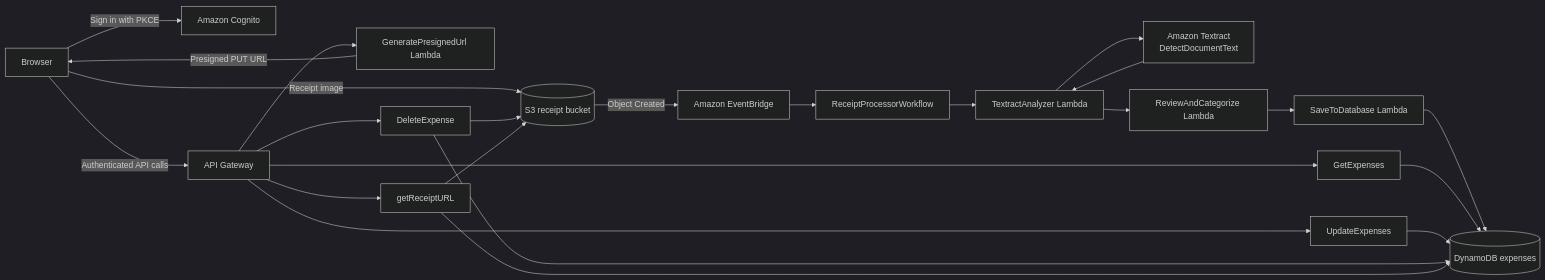
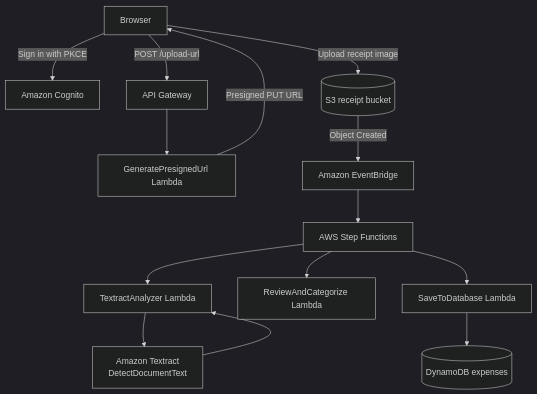
The first of 2 diagrams in README.md (SahilBh01r1769/serverless-receipt-processor), drawn with Mermaid (dark theme) before and after one commit. The commit also changed other lines of this file, not shown here.

Commit message:
docs: make architecture easier to scan

````diff
--- a/README.md
+++ b/README.md
@@ -28,31 +32,16 @@
 ```mermaid
-flowchart LR
+flowchart TD
     U[Browser] -->|Sign in with PKCE| COG[Amazon Cognito]
-    U -->|Authenticated API calls| API[API Gateway]
-
+    U -->|POST /upload-url| API[API Gateway]
     API --> PRE[GeneratePresignedUrl Lambda]
     PRE -->|Presigned PUT URL| U
-    U -->|Receipt image| S3[(S3 receipt bucket)]
-
+    U -->|Upload receipt image| S3[(S3 receipt bucket)]
     S3 -->|Object Created| EB[Amazon EventBridge]
-    EB --> SF[ReceiptProcessorWorkflow]
-
+    EB --> SF[AWS Step Functions]
     SF --> TEX[TextractAnalyzer Lambda]
-    TEX --> OCR[Amazon Textract\nDetectDocumentText]
+    TEX --> OCR[Amazon Textract<br/>DetectDocumentText]
     OCR --> TEX
-    TEX --> PARSE[ReviewAndCategorize Lambda]
-    PARSE --> SAVE[SaveToDatabase Lambda]
+    SF --> PARSE[ReviewAndCategorize Lambda]
+    SF --> SAVE[SaveToDatabase Lambda]
     SAVE --> DB[(DynamoDB expenses)]
-
-    API --> GET[GetExpenses]
-    API --> UPDATE[UpdateExpenses]
-    API --> DELETE[DeleteExpense]
-    API --> IMAGE[getReceiptURL]
-
-    GET --> DB
-    UPDATE --> DB
-    DELETE --> DB
-    DELETE --> S3
-    IMAGE --> DB
-    IMAGE --> S3
 ```
````
